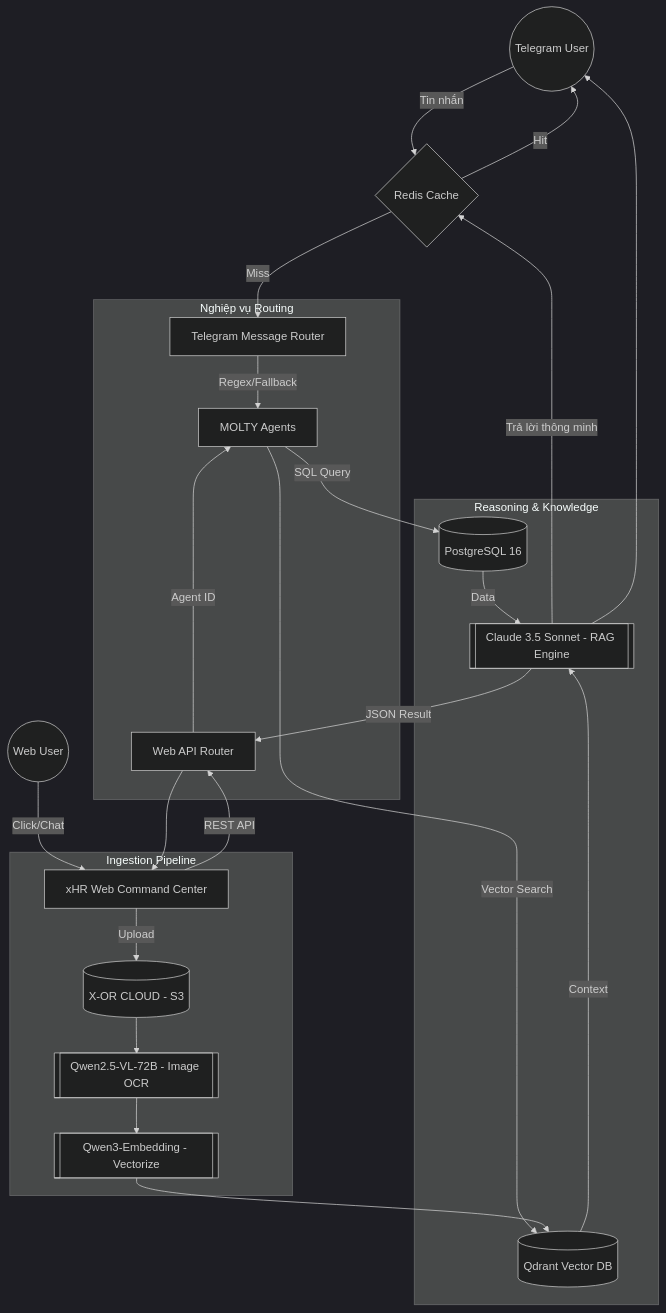
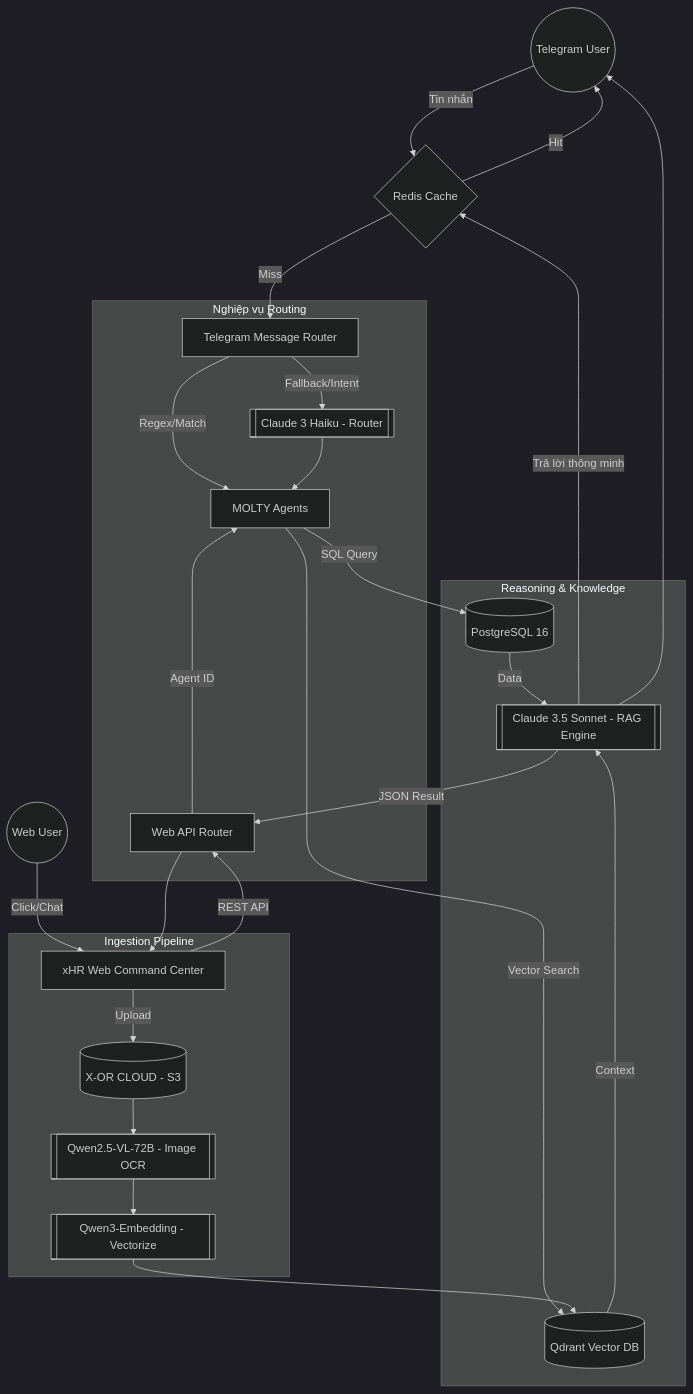
Before and after one commit to X-OR-Cloud/xCB: the diagram in README.md, drawn with Mermaid (dark theme).

Commit message:
docs: re-insert Claude 3 Haiku into architecture diagram

````diff
--- a/README.md
+++ b/README.md
@@ -42,33 +42,35 @@
 ```mermaid
 graph TD
     TUser((Telegram User)) -->|Tin nhắn| Cache{Redis Cache}
     WUser((Web User)) -->|Click/Chat| WebUI[xHR Web Command Center]
     
     WebUI -->|REST API| API_Router[Web API Router]
     Cache -->|Hit| TUser
     Cache -->|Miss| T_Router[Telegram Message Router]
     
     subgraph "Nghiệp vụ Routing"
-        T_Router -->|Regex/Fallback| Agent[MOLTY Agents]
+        T_Router -->|Regex/Match| Agent[MOLTY Agents]
+        T_Router -->|Fallback/Intent| Haiku[[Claude 3 Haiku - Router]]
+        Haiku --> Agent
         API_Router -->|Agent ID| Agent
     end
     
     subgraph "Reasoning & Knowledge"
         Agent -->|SQL Query| DB[(PostgreSQL 16)]
         Agent -->|Vector Search| VDB[(Qdrant Vector DB)]
         VDB -->|Context| Sonnet[[Claude 3.5 Sonnet - RAG Engine]]
         DB -->|Data| Sonnet
     end
 
     Sonnet -->|Trả lời thông minh| Cache
     Sonnet --> TUser
     Sonnet -->|JSON Result| API_Router
     API_Router --> WebUI
 
     subgraph "Ingestion Pipeline"
         WebUI -->|Upload| CEPH[(X-OR CLOUD - S3)]
         CEPH --> Qwen[[Qwen2.5-VL-72B - Image OCR]]
         Qwen --> Embed[[Qwen3-Embedding - Vectorize]]
         Embed --> VDB
     end
 ```
````
